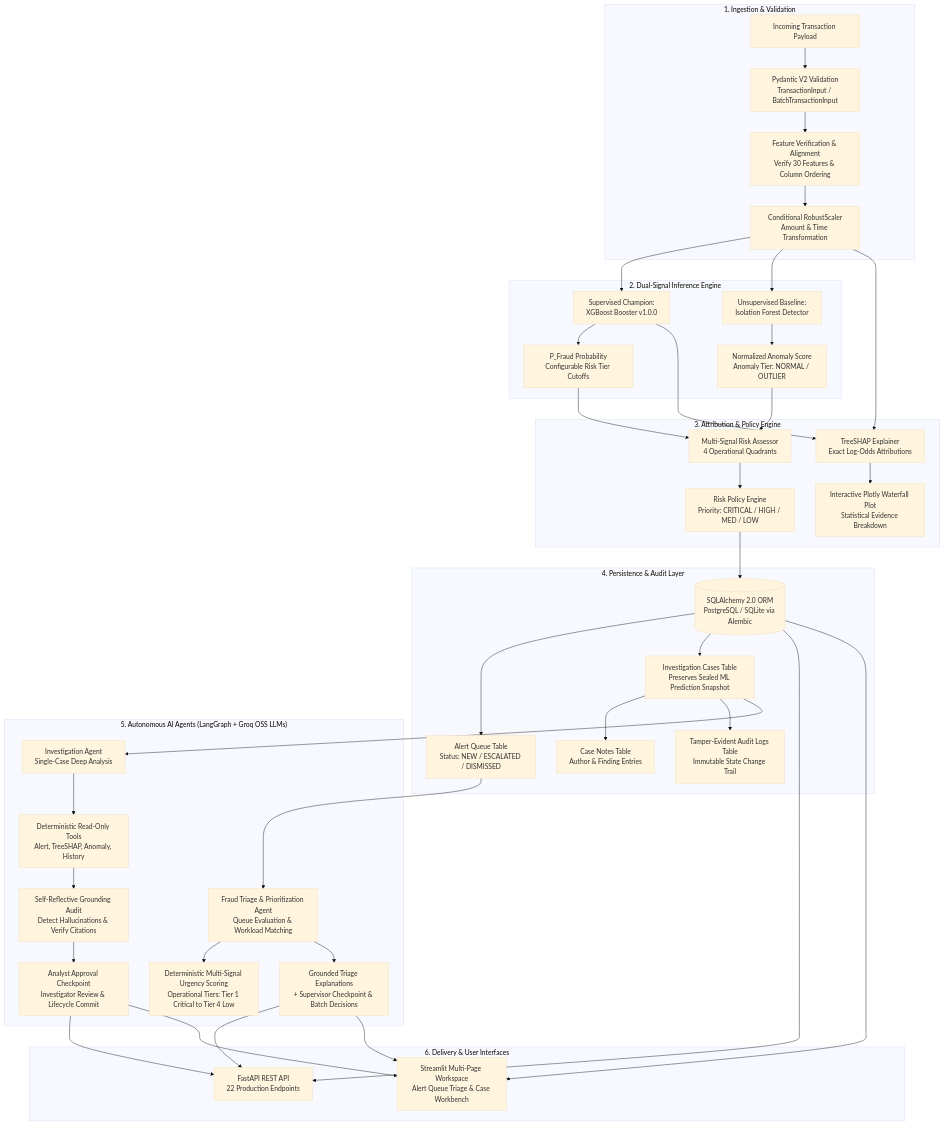
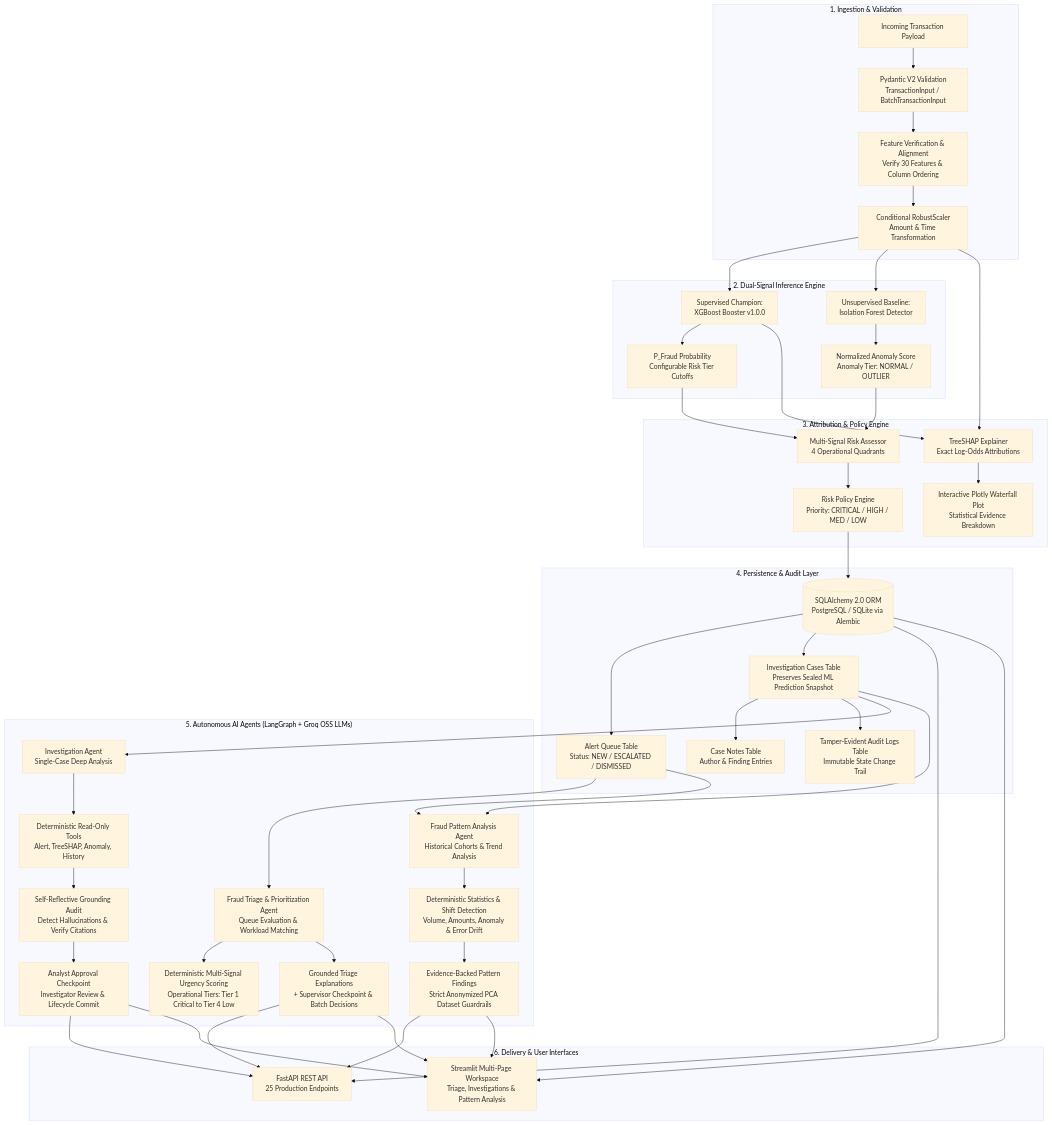
One commit to SohamMistry01/Anti-Fraudster-Engine changed the first of 5 diagrams in README.md. Above: the diagram before and after it, drawn with Mermaid (base theme). The commit also changed other lines of this file, not shown here.

Commit message:
updated README.md to add fraud analysis agent

````diff
--- a/README.md
+++ b/README.md
@@ -48,46 +50,50 @@
 ```mermaid
 flowchart TD
     subgraph INGESTION["1. Ingestion & Validation"]
         A[Incoming Transaction Payload] --> B[Pydantic V2 Validation<br/>TransactionInput / BatchTransactionInput]
         B --> C[Feature Verification & Alignment<br/>Verify 30 Features & Column Ordering]
         C --> D[Conditional RobustScaler<br/>Amount & Time Transformation]
     end
 
     subgraph INFERENCE["2. Dual-Signal Inference Engine"]
         D --> E1[Supervised Champion:<br/>XGBoost Booster v1.0.0]
         D --> E2[Unsupervised Baseline:<br/>Isolation Forest Detector]
         E1 --> F1[P_Fraud Probability<br/>Configurable Risk Tier Cutoffs]
         E2 --> F2[Normalized Anomaly Score<br/>Anomaly Tier: NORMAL / OUTLIER]
     end
 
     subgraph EXPLAINABILITY["3. Attribution & Policy Engine"]
         E1 & D --> G1[TreeSHAP Explainer<br/>Exact Log-Odds Attributions]
         G1 --> G2[Interactive Plotly Waterfall Plot<br/>Statistical Evidence Breakdown]
         F1 & F2 --> H[Multi-Signal Risk Assessor<br/>4 Operational Quadrants]
         H --> I[Risk Policy Engine<br/>Priority: CRITICAL / HIGH / MED / LOW]
     end
 
     subgraph PERSISTENCE["4. Persistence & Audit Layer"]
         I --> J[(SQLAlchemy 2.0 ORM<br/>PostgreSQL / SQLite via Alembic)]
         J --> K1[Alert Queue Table<br/>Status: NEW / ESCALATED / DISMISSED]
         J --> K2[Investigation Cases Table<br/>Preserves Sealed ML Prediction Snapshot]
         K2 --> K3[Case Notes Table<br/>Author & Finding Entries]
         K2 --> K4[Tamper-Evident Audit Logs Table<br/>Immutable State Change Trail]
     end
 
     subgraph AGENTS["5. Autonomous AI Agents (LangGraph + Groq OSS LLMs)"]
         K1 --> T1[Fraud Triage & Prioritization Agent<br/>Queue Evaluation & Workload Matching]
         T1 --> T2[Deterministic Multi-Signal Urgency Scoring<br/>Operational Tiers: Tier 1 Critical to Tier 4 Low]
         T1 --> T3[Grounded Triage Explanations<br/>+ Supervisor Checkpoint & Batch Decisions]
         
         K2 --> L1[Investigation Agent<br/>Single-Case Deep Analysis]
         L1 --> L2[Deterministic Read-Only Tools<br/>Alert, TreeSHAP, Anomaly, History]
         L2 --> L3[Self-Reflective Grounding Audit<br/>Detect Hallucinations & Verify Citations]
         L3 --> L4[Analyst Approval Checkpoint<br/>Investigator Review & Lifecycle Commit]
+
+        K1 & K2 --> P1[Fraud Pattern Analysis Agent<br/>Historical Cohorts & Trend Analysis]
+        P1 --> P2[Deterministic Statistics & Shift Detection<br/>Volume, Amounts, Anomaly & Error Drift]
+        P2 --> P3[Evidence-Backed Pattern Findings<br/>Strict Anonymized PCA Dataset Guardrails]
     end
 
     subgraph PRESENTATION["6. Delivery & User Interfaces"]
-        J & T3 & L4 --> M[FastAPI REST API<br/>22 Production Endpoints]
-        J & T3 & L4 --> N[Streamlit Multi-Page Workspace<br/>Alert Queue Triage & Case Workbench]
+        J & T3 & L4 & P3 --> M[FastAPI REST API<br/>25 Production Endpoints]
+        J & T3 & L4 & P3 --> N[Streamlit Multi-Page Workspace<br/>Triage, Investigations & Pattern Analysis]
     end
 ```
````
